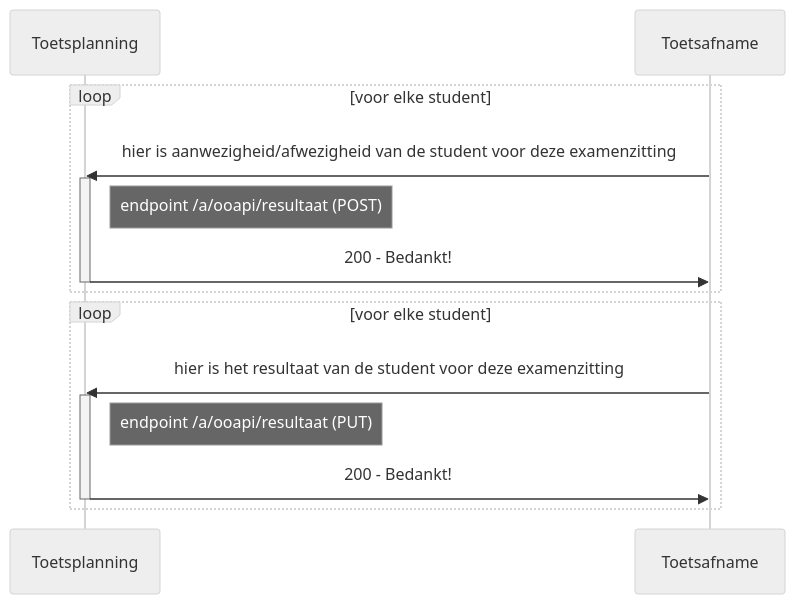
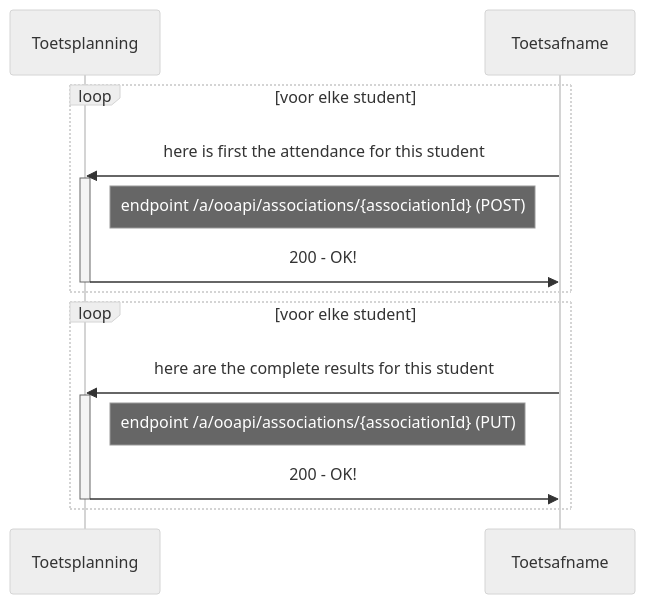
Before and after one commit to NetwerkExamineringDigitalisering/NED-OOAPI: the second of 4 diagrams in doc/diagrams/flow3.md, drawn with Mermaid (neutral theme). The commit also changed other lines of this file, not shown here.

````diff
--- a/doc/diagrams/flow3.md
+++ b/doc/diagrams/flow3.md
@@ -21,19 +61,19 @@
 ```mermaid
 sequenceDiagram
     participant Toetsplanning
     participant Toetsafname
     loop voor elke student
-      Toetsafname->>Toetsplanning: hier is aanwezigheid/afwezigheid van de student voor deze examenzitting
+      Toetsafname->>Toetsplanning: here is first the attendance for this student
       activate Toetsplanning
-      Note right of Toetsplanning: endpoint /a/ooapi/resultaat (POST)
-      Toetsplanning->>Toetsafname: 200 - Bedankt!
+      Note right of Toetsplanning: endpoint /a/ooapi/associations/{associationId} (POST)
+      Toetsplanning->>Toetsafname: 200 - OK!
       deactivate Toetsplanning
    end
     loop voor elke student
-      Toetsafname->>Toetsplanning: hier is het resultaat van de student voor deze examenzitting
+      Toetsafname->>Toetsplanning: here are the complete results for this student
       activate Toetsplanning
-      Note right of Toetsplanning: endpoint /a/ooapi/resultaat (PUT)
-      Toetsplanning->>Toetsafname: 200 - Bedankt!
+      Note right of Toetsplanning: endpoint /a/ooapi/associations/{associationId} (PUT)
+      Toetsplanning->>Toetsafname: 200 - OK!
       deactivate Toetsplanning
    end
 ```
````
